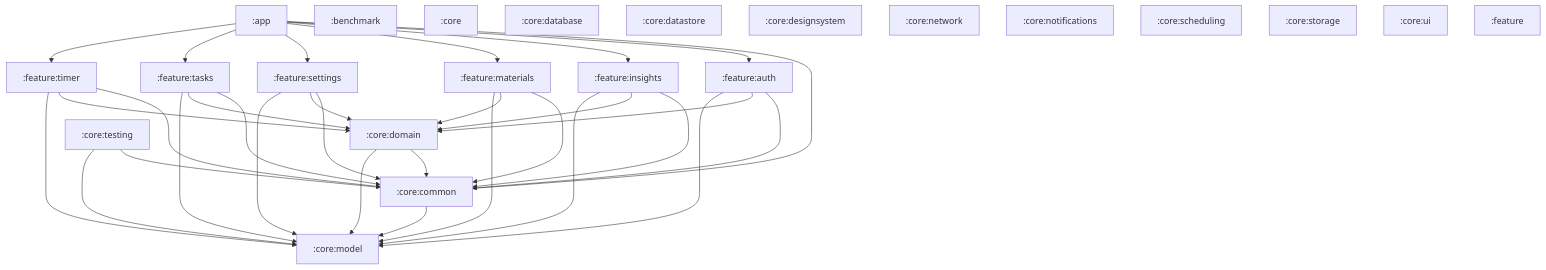
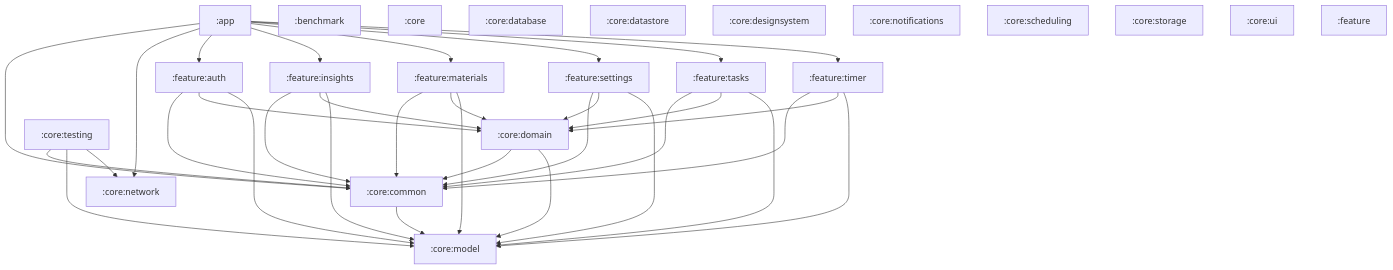
The diagram in docs/module-graph.md (konarsubhojit/study-app), drawn with Mermaid before and after one commit. The commit also changed 24 other files, not shown here.

````diff
--- a/docs/module-graph.md
+++ b/docs/module-graph.md
@@ -8,55 +8,57 @@
 ```mermaid
 graph TD
     app[":app"]
     benchmark[":benchmark"]
     core[":core"]
     core_common[":core:common"]
     core_database[":core:database"]
     core_datastore[":core:datastore"]
     core_designsystem[":core:designsystem"]
     core_domain[":core:domain"]
     core_model[":core:model"]
     core_network[":core:network"]
     core_notifications[":core:notifications"]
     core_scheduling[":core:scheduling"]
     core_storage[":core:storage"]
     core_testing[":core:testing"]
     core_ui[":core:ui"]
     feature[":feature"]
     feature_auth[":feature:auth"]
     feature_insights[":feature:insights"]
     feature_materials[":feature:materials"]
     feature_settings[":feature:settings"]
     feature_tasks[":feature:tasks"]
     feature_timer[":feature:timer"]
     app --> core_common
+    app --> core_network
     app --> feature_auth
     app --> feature_insights
     app --> feature_materials
     app --> feature_settings
     app --> feature_tasks
     app --> feature_timer
     core_common --> core_model
     core_domain --> core_common
     core_domain --> core_model
     core_testing --> core_common
     core_testing --> core_model
+    core_testing --> core_network
     feature_auth --> core_common
     feature_auth --> core_domain
     feature_auth --> core_model
     feature_insights --> core_common
     feature_insights --> core_domain
     feature_insights --> core_model
     feature_materials --> core_common
     feature_materials --> core_domain
     feature_materials --> core_model
     feature_settings --> core_common
     feature_settings --> core_domain
     feature_settings --> core_model
     feature_tasks --> core_common
     feature_tasks --> core_domain
     feature_tasks --> core_model
     feature_timer --> core_common
     feature_timer --> core_domain
     feature_timer --> core_model
 ```
````
